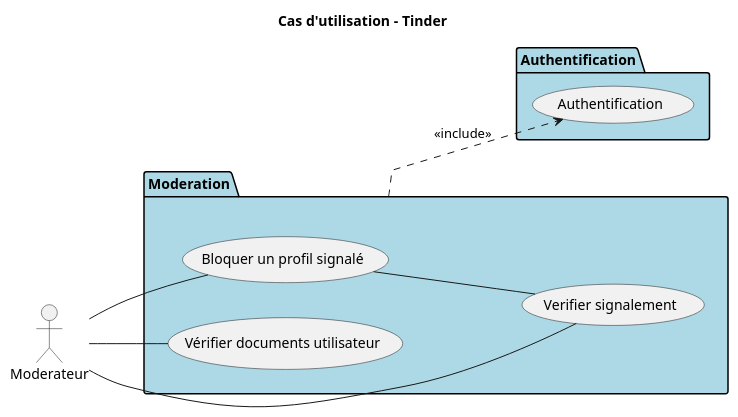
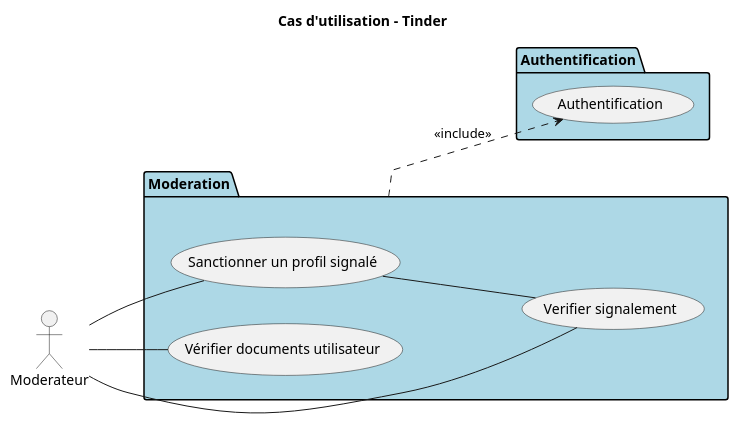
One commit to MinaroliCorentin/PSO changed the diagram in src/Projet_Tinder_Cas_Utilisation_Moderation.puml. Above: the diagram before and after it, drawn with PlantUML. The commit also changed 1 other file, not shown here.

Commit message:
Changement de " Bloquer un profil signalé " à "Sanction un profil signalé" pour des raisons de clareté

```diff
--- a/src/Projet_Tinder_Cas_Utilisation_Moderation.puml
+++ b/src/Projet_Tinder_Cas_Utilisation_Moderation.puml
@@ -1,31 +1,31 @@
 @startuml
 
 left to right direction
 title Cas d'utilisation - Tinder
 
 actor Moderateur
 
 
 package "Moderation" #LightBlue {
 
-    usecase "Bloquer un profil signalé" as mod_bloquer
+    usecase "Sanctionner un profil signalé" as mod_bloquer
     usecase "Vérifier documents utilisateur" as mod_verif_docs
     usecase "Verifier signalement" as mod_verif_signal
 
     Moderateur -- mod_bloquer
     Moderateur -- mod_verif_docs
     Moderateur -- mod_verif_signal
 
     mod_bloquer -- mod_verif_signal
 
 }
 
 package "Authentification" #LightBlue {
 
     usecase "Authentification" as auth
 
 }
 
 "Moderation" ..> auth : <<include>>
 
 @enduml
```
